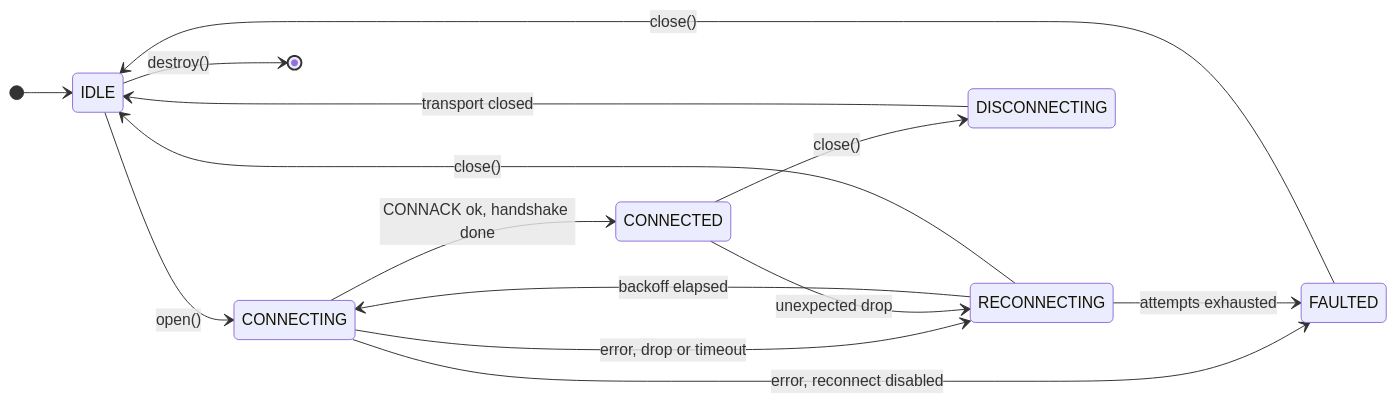
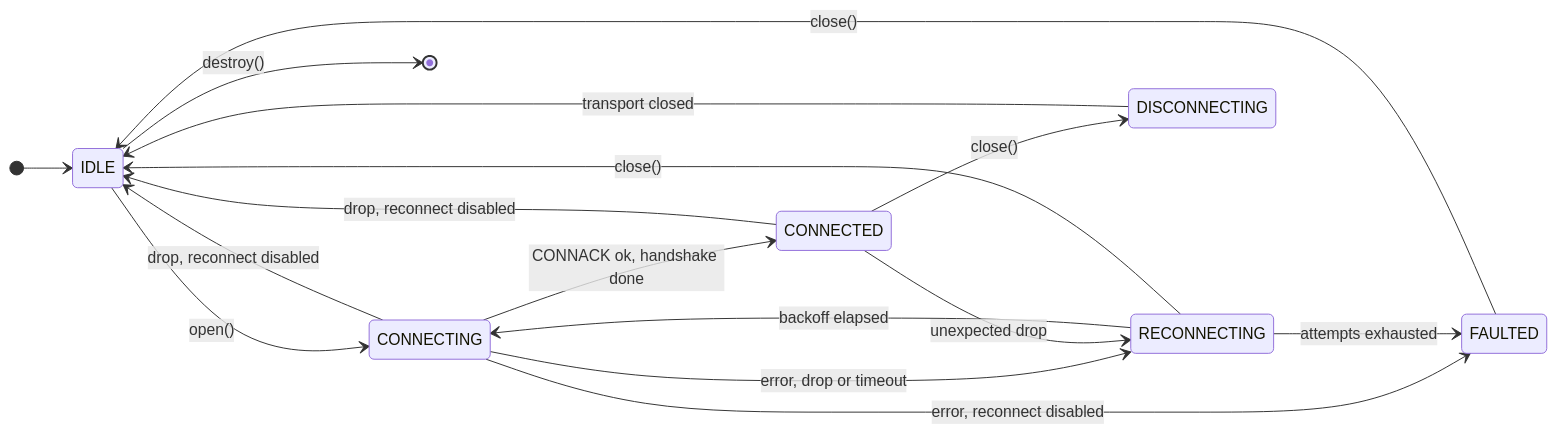
The first of 9 diagrams in c/docs/eng/connection-c.md (Azure/azure-iot-sdk), drawn with Mermaid before and after one commit. The commit also changed other lines of this file and 1 other file, not shown here.

````diff
--- a/c/docs/eng/connection-c.md
+++ b/c/docs/eng/connection-c.md
@@ -61,17 +61,19 @@
 ```mermaid
 stateDiagram-v2
     direction LR
     [*] --> IDLE
     IDLE --> CONNECTING: open()
     CONNECTING --> CONNECTED: CONNACK ok, handshake done
     CONNECTING --> RECONNECTING: error, drop or timeout
     CONNECTING --> FAULTED: error, reconnect disabled
+    CONNECTING --> IDLE: drop, reconnect disabled
     CONNECTED --> RECONNECTING: unexpected drop
+    CONNECTED --> IDLE: drop, reconnect disabled
     CONNECTED --> DISCONNECTING: close()
     RECONNECTING --> CONNECTING: backoff elapsed
     RECONNECTING --> FAULTED: attempts exhausted
     RECONNECTING --> IDLE: close()
     DISCONNECTING --> IDLE: transport closed
     FAULTED --> IDLE: close()
     IDLE --> [*]: destroy()
 ```
````
